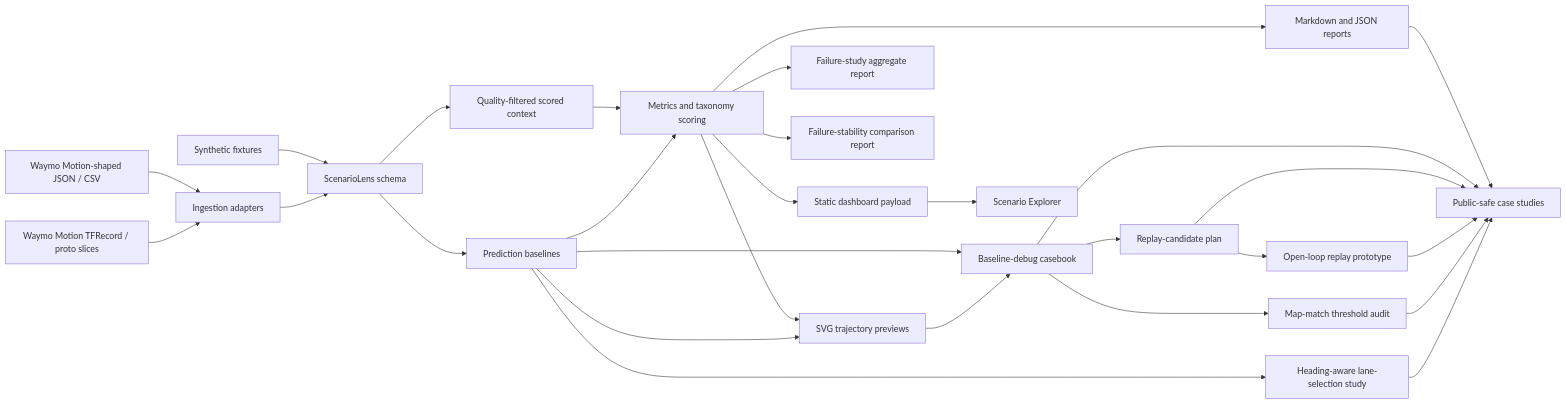
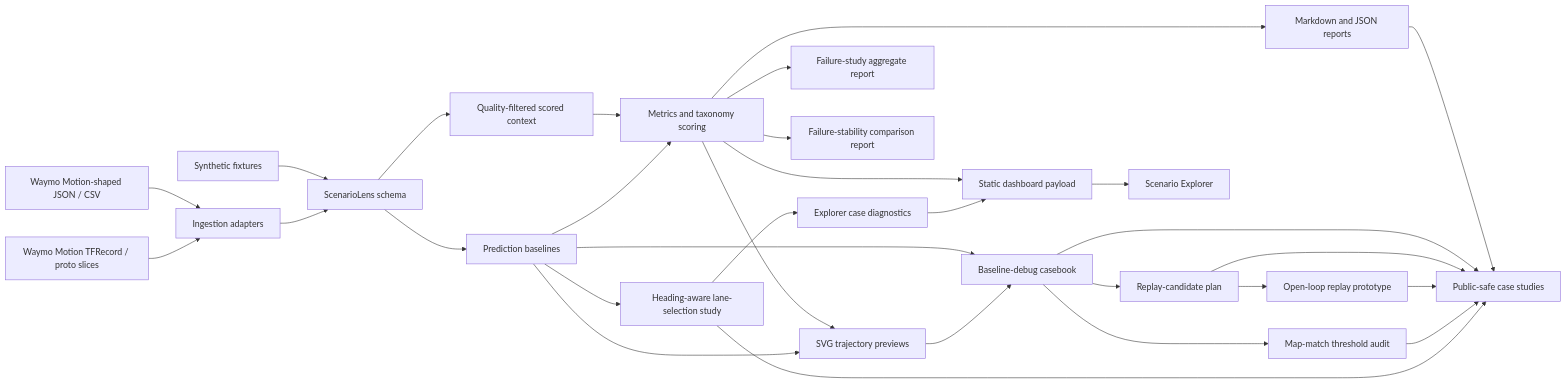
Before and after one commit to ethanvillalovoz/scenariolens: the diagram in docs/architecture.md, drawn with Mermaid. The commit also changed other lines of this file and 30 other files, not shown here.

Commit message:
Add Explorer case diagnostics

````diff
--- a/docs/architecture.md
+++ b/docs/architecture.md
@@ -5,30 +5,32 @@
 ```mermaid
 flowchart LR
     A["Synthetic fixtures"] --> D["ScenarioLens schema"]
     B["Waymo Motion-shaped JSON / CSV"] --> C["Ingestion adapters"]
     M["Waymo Motion TFRecord / proto slices"] --> C
     C --> D
     D --> E["Quality-filtered scored context"]
     D --> P["Prediction baselines"]
     E --> F["Metrics and taxonomy scoring"]
     P --> F
     F --> G["Markdown and JSON reports"]
     F --> H["SVG trajectory previews"]
     P --> H
     F --> L["Failure-study aggregate report"]
     F --> N["Failure-stability comparison report"]
     P --> U["Heading-aware lane-selection study"]
+    U --> V["Explorer case diagnostics"]
     P --> Q["Baseline-debug casebook"]
     H --> Q
     Q --> R["Replay-candidate plan"]
     R --> S["Open-loop replay prototype"]
     Q --> T["Map-match threshold audit"]
     F --> I["Static dashboard payload"]
+    V --> I
     I --> J["Scenario Explorer"]
     G --> K["Public-safe case studies"]
     Q --> K
     R --> K
     S --> K
     T --> K
     U --> K
 ```
````
